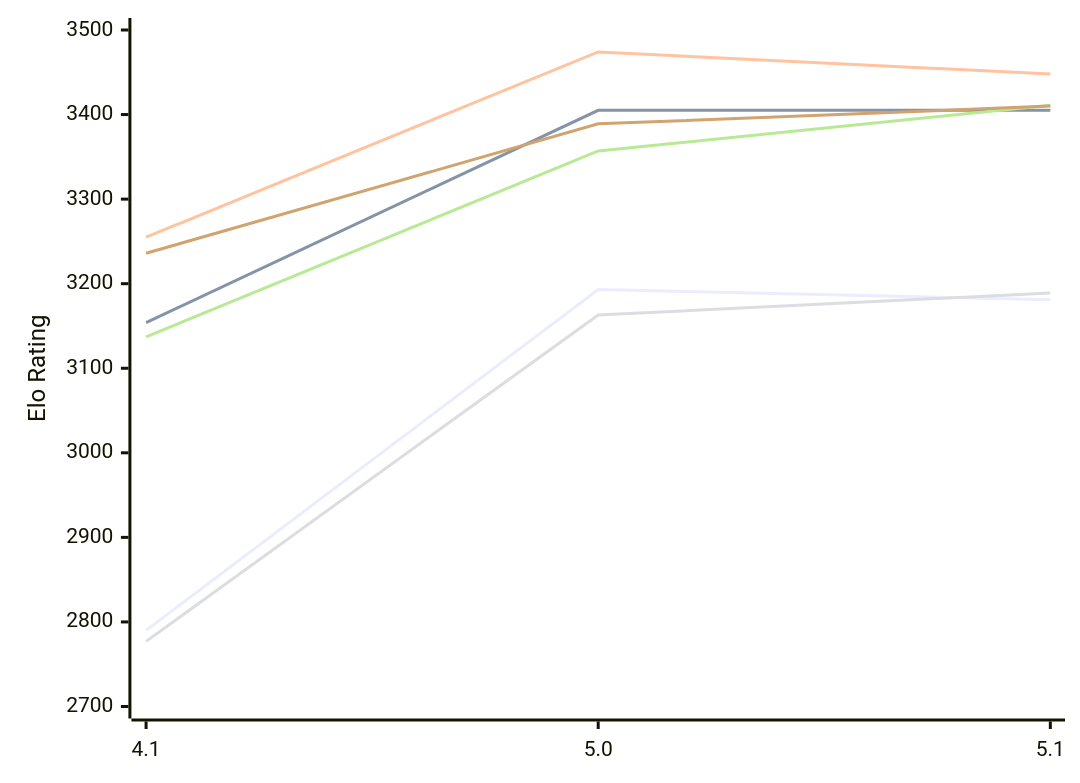
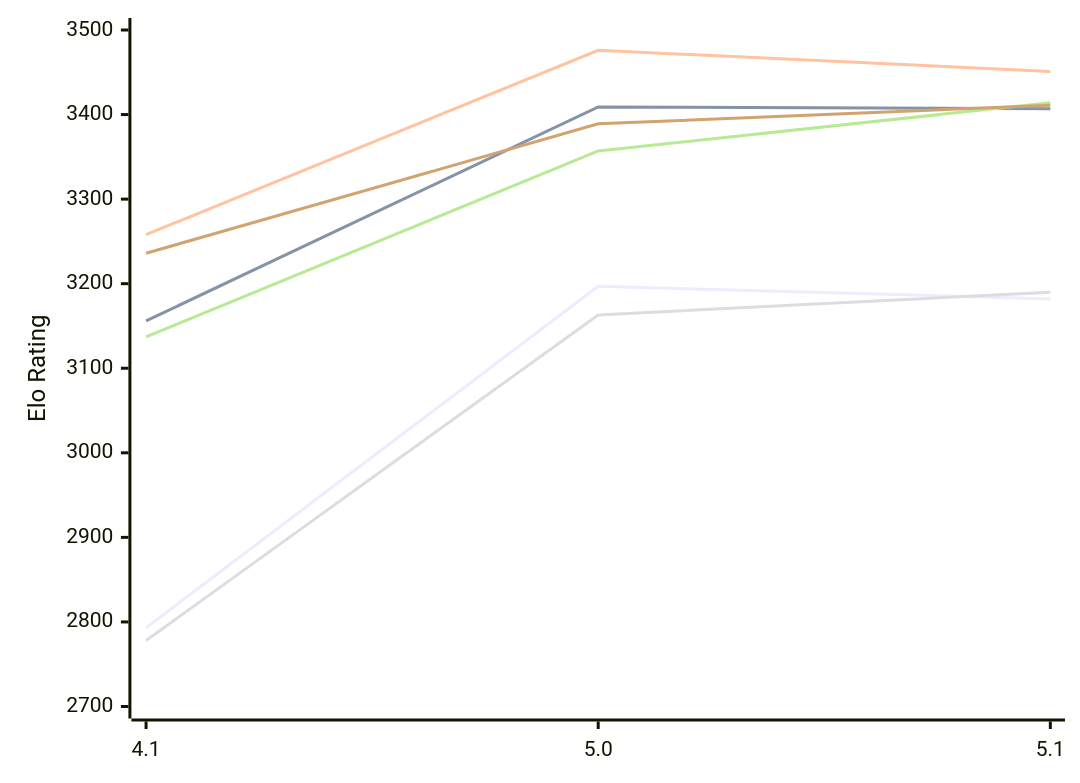
One commit to computer-chess-index/cci changed the diagram in engines/NarcNext.md. Above: the diagram before and after it, drawn with Mermaid. The commit also changed other lines of this file, not shown here.

Commit message:
Update CCI Ratings (ELO VLTC) - 2026-11-22

````diff
--- a/engines/NarcNext.md
+++ b/engines/NarcNext.md
@@ -51,12 +51,12 @@
 ```mermaid
 %%{init: {"theme":"base","themeVariables":{"seriesColors:['#a3a3a3','#222221','#faa371']}}}%%
 xychart-beta
   x-axis ["4.1", "5.0", "5.1"]
   y-axis "Elo Rating" 2700 --> 3500
-  line "E1: STC (8.0+0.08s)" [2790, 3193, 3181]
-  line "E1: LTC (60.0+0.60s)" [3154, 3405, 3405]
-  line "E1: VLTC (2m24s+1.12s)" [3255, 3474, 3448]
-  line "P1: STC (8.0+0.08s)" [2777, 3163, 3189]
-  line "P1: LTC (60.0+0.60s)" [3137, 3357, 3411]
-  line "P1: VLTC (2m24s+1.12s)" [3236, 3389, 3410]
+  line "E1: STC (8.0+0.08s)" [2793, 3197, 3182]
+  line "E1: LTC (60.0+0.60s)" [3156, 3409, 3407]
+  line "E1: VLTC (2m24s+1.12s)" [3258, 3476, 3451]
+  line "P1: STC (8.0+0.08s)" [2778, 3163, 3190]
+  line "P1: LTC (60.0+0.60s)" [3137, 3357, 3414]
+  line "P1: VLTC (2m24s+1.12s)" [3236, 3389, 3411]
 ```
````
